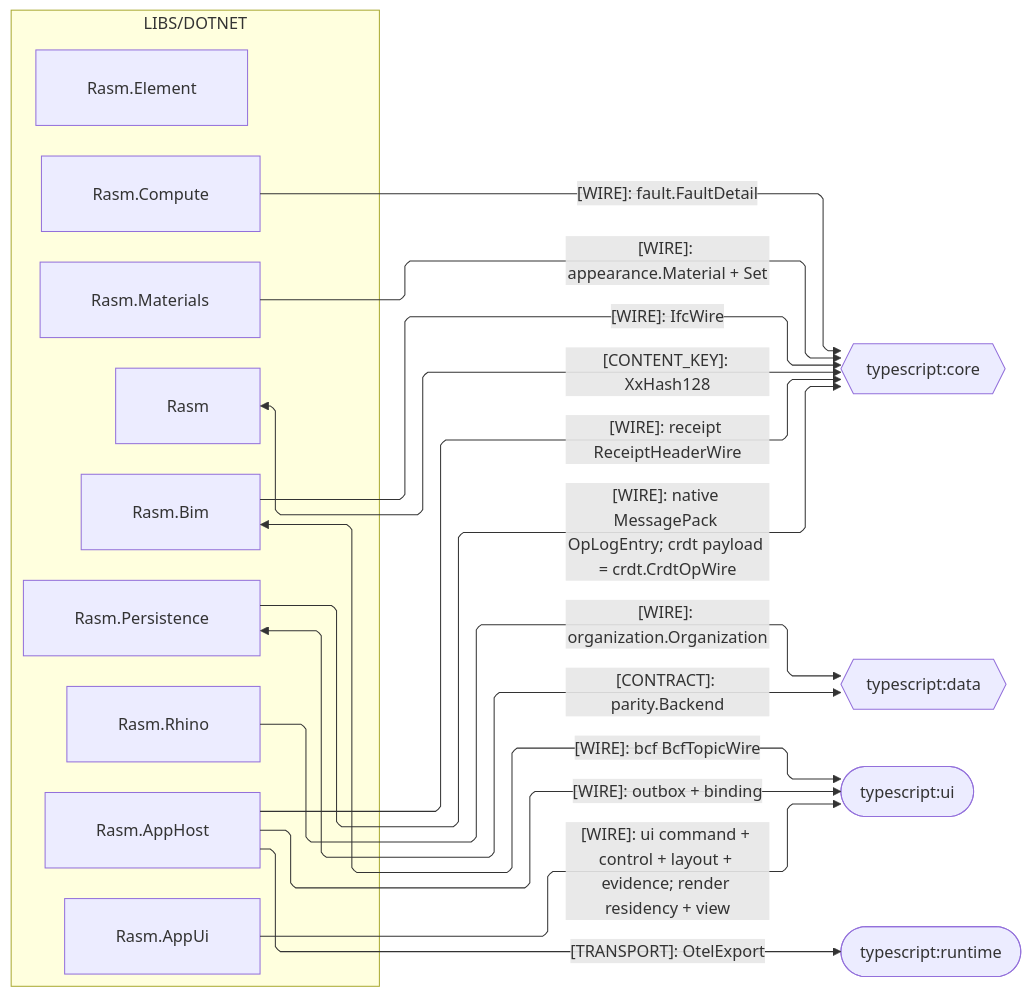
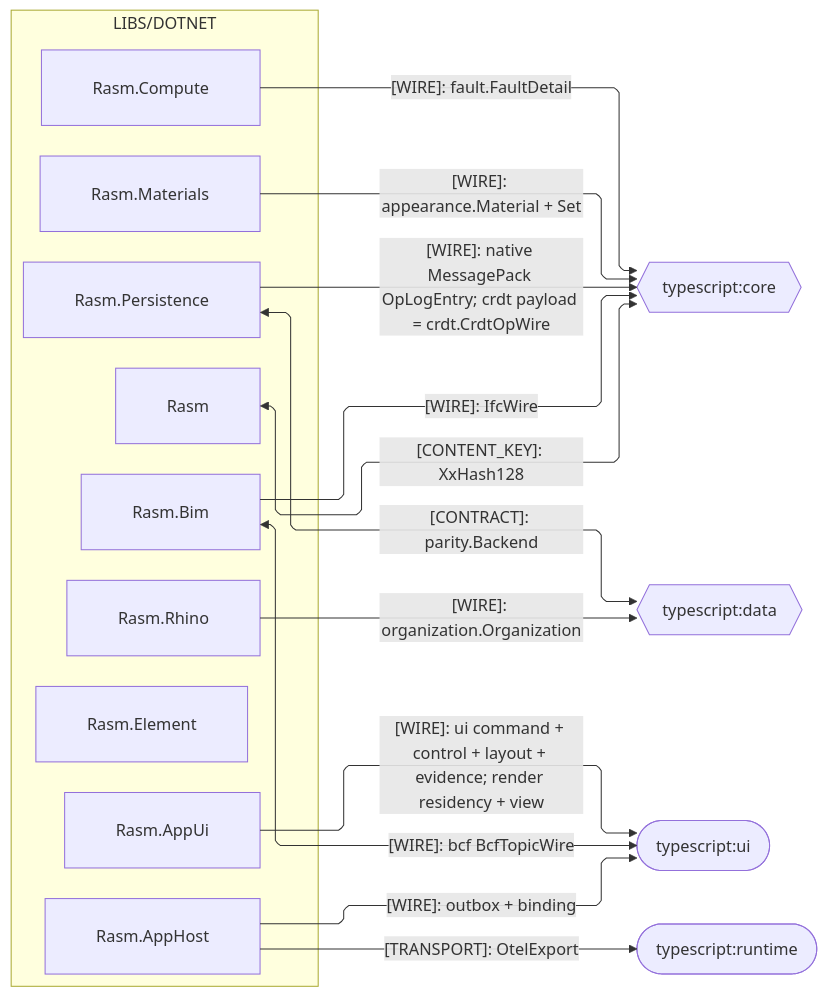
The third of 5 diagrams in libs/dotnet/.planning/ARCHITECTURE.md (bsamiee/Rasm), drawn with Mermaid before and after one commit. The commit also changed other lines of this file and 1417 other files, not shown here.

````diff
--- a/libs/dotnet/.planning/ARCHITECTURE.md
+++ b/libs/dotnet/.planning/ARCHITECTURE.md
@@ -176,39 +175,38 @@
 ```mermaid
 ---
 config:
   layout: elk
   flowchart:
     curve: linear
     padding: 25
 ---
 flowchart LR
     accTitle: .NET branch typescript seam registry
     accDescr: Which kinded wires the .NET packages produce for the typescript core, data, runtime, and ui domains to decode.
     subgraph dotnet[LIBS/DOTNET]
         Rasm[Rasm]
         Element[Rasm.Element]
         Persistence[Rasm.Persistence]
         Bim[Rasm.Bim]
         Materials[Rasm.Materials]
         Compute[Rasm.Compute]
         AppUi[Rasm.AppUi]
         AppHost[Rasm.AppHost]
         Rhino[Rasm.Rhino]
     end
     TsCore{{typescript:core}}
     TsData{{typescript:data}}
     TsUi([typescript:ui])
     TsRuntime([typescript:runtime])
     Rasm e1@<-->|"[CONTENT_KEY]: XxHash128"| TsCore
     Persistence e3@-->|"[WIRE]: native MessagePack OpLogEntry; crdt payload = crdt.CrdtOpWire"| TsCore
     Bim e4@-->|"[WIRE]: IfcWire"| TsCore
     Bim e5@<-->|"[WIRE]: bcf BcfTopicWire"| TsUi
     Materials e6@-->|"[WIRE]: appearance.Material + Set"| TsCore
     AppUi e7@-->|"[WIRE]: ui command + control + layout + evidence; render residency + view"| TsUi
-    AppHost e8@-->|"[WIRE]: receipt ReceiptHeaderWire"| TsCore
     AppHost e9@-->|"[WIRE]: outbox + binding"| TsUi
     Persistence e10@<-->|"[CONTRACT]: parity.Backend"| TsData
     AppHost e11@-->|"[TRANSPORT]: OtelExport"| TsRuntime
     Compute e12@-->|"[WIRE]: fault.FaultDetail"| TsCore
     Rhino e13@-->|"[WIRE]: organization.Organization"| TsData
 ```
````
